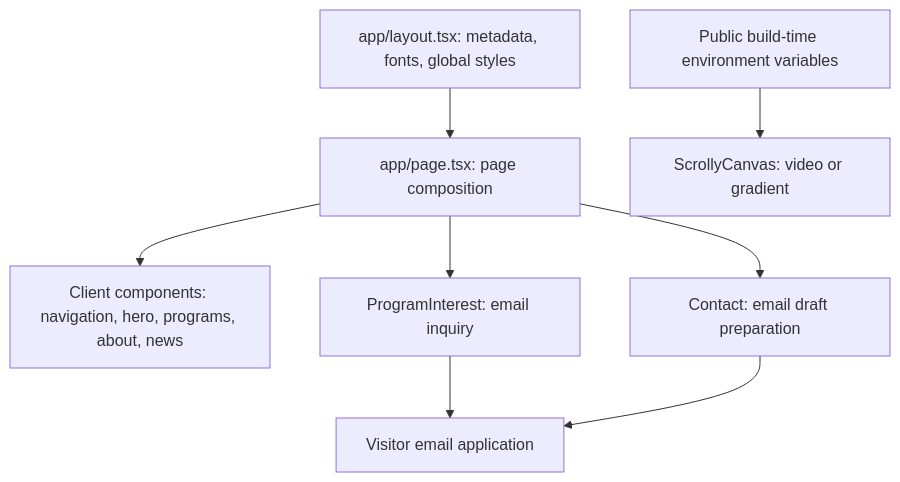
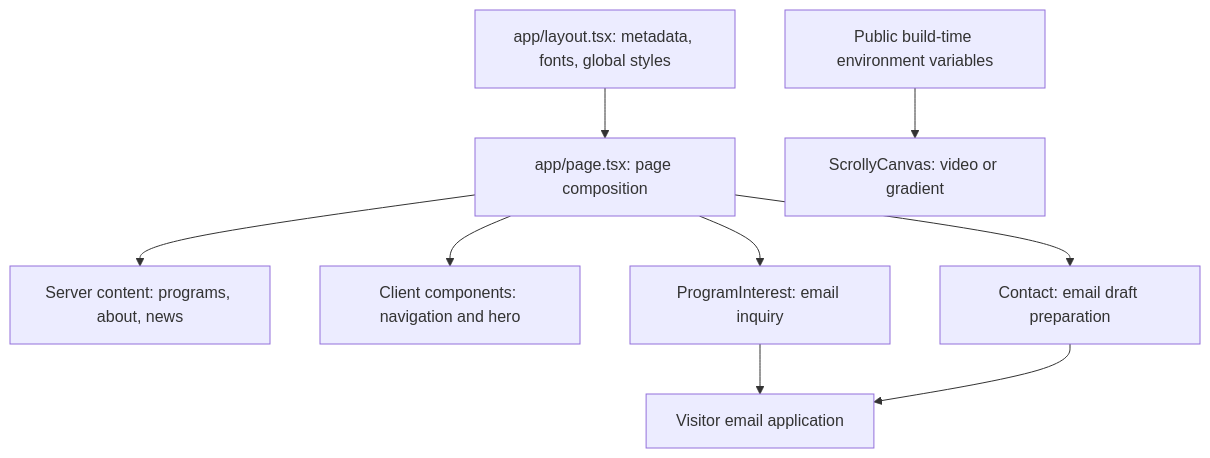
One commit to kasimomar/midnimo-athletics changed the diagram in README.md. Above: the diagram before and after it, drawn with Mermaid. The commit also changed other lines of this file and 27 other files, not shown here.

````diff
--- a/README.md
+++ b/README.md
@@ -30,10 +33,11 @@
 ```mermaid
 flowchart TD
     Layout[app/layout.tsx: metadata, fonts, global styles] --> Page[app/page.tsx: page composition]
-    Page --> Sections[Client components: navigation, hero, programs, about, news]
+    Page --> Sections[Server content: programs, about, news]
+    Page --> Interactive[Client components: navigation and hero]
     Page --> Interest[ProgramInterest: email inquiry]
     Page --> Contact[Contact: email draft preparation]
     Config[Public build-time environment variables] --> Hero[ScrollyCanvas: video or gradient]
     Interest --> Email[Visitor email application]
     Contact --> Email
 ```
````
